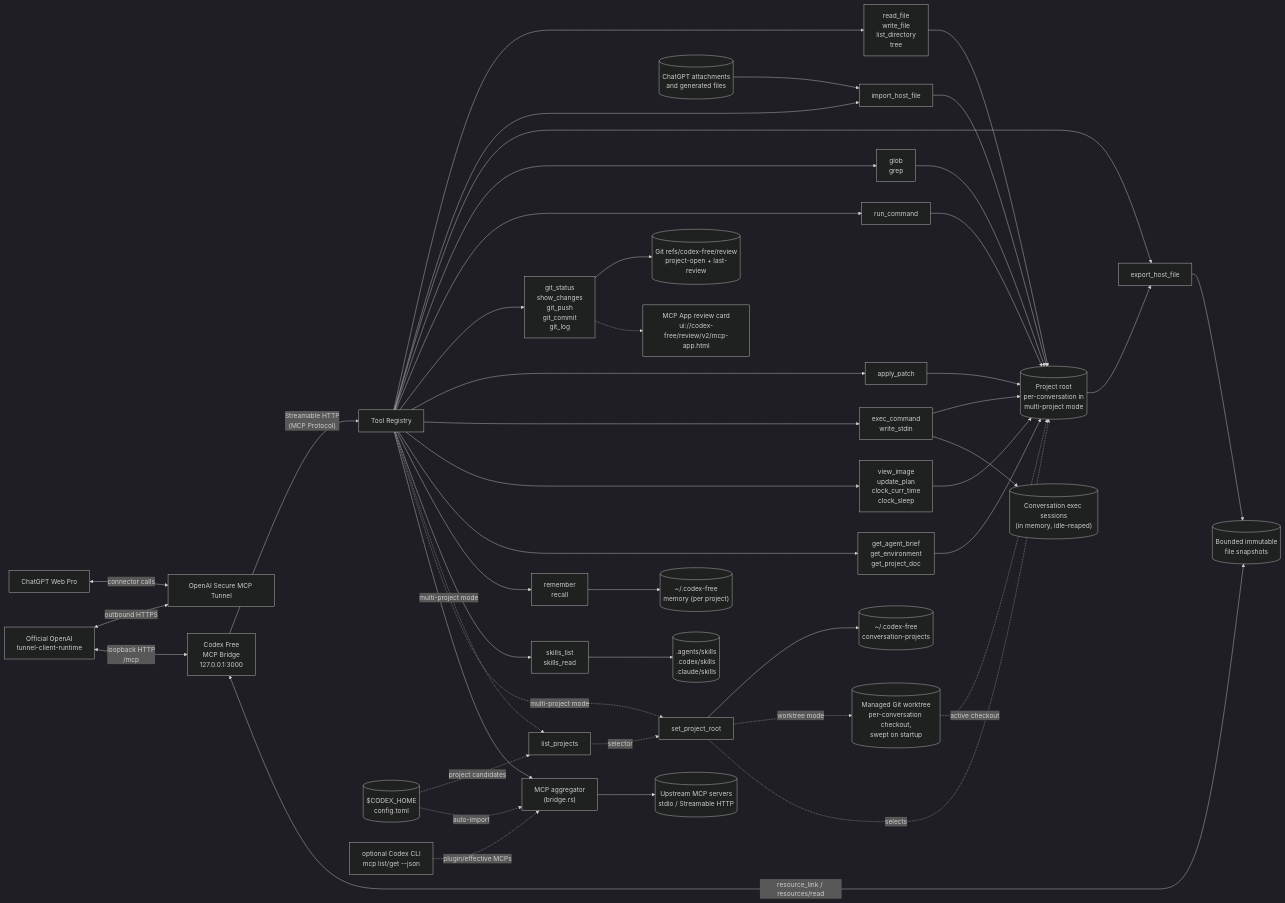
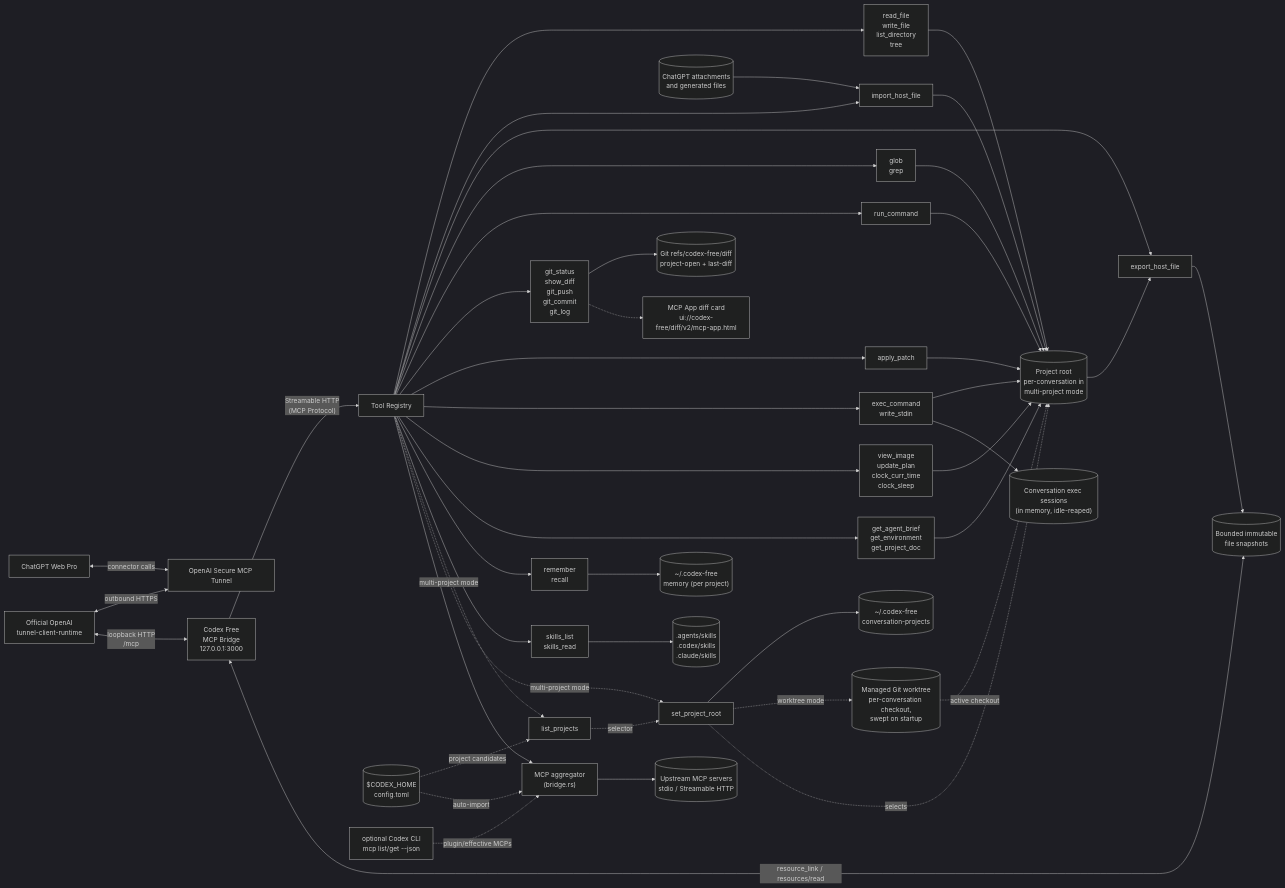
Before and after one commit to devnoname120/codex-free: the diagram in README.md, drawn with Mermaid (dark theme). The commit also changed other lines of this file and 20 other files, not shown here.

Commit message:
refactor: rename change review surface to diff

```diff
--- a/README.md
+++ b/README.md
@@ -27,7 +27,7 @@
     Egress["export_host_file"]
     Search["glob\ngrep"]
     Shell["run_command"]
-    Git["git_status\nshow_changes\ngit_push\ngit_commit\ngit_log"]
+    Git["git_status\nshow_diff\ngit_push\ngit_commit\ngit_log"]
     Edit["apply_patch"]
     Exec["exec_command\nwrite_stdin"]
     Agent["view_image\nupdate_plan\nclock_curr_time\nclock_sleep"]
@@ -44,8 +44,8 @@
     Bindings[("~/.codex-free\nconversation-projects")]
     Worktree[("Managed Git worktree\nper-conversation checkout,\nswept on startup")]
     ExecSessions[("Conversation exec sessions\n(in memory, idle-reaped)")]
-    ReviewRefs[("Git refs/codex-free/review\nproject-open + last-review")]
-    ReviewUI["MCP App review card\nui://codex-free/review/v2/mcp-app.html"]
+    DiffRefs[("Git refs/codex-free/diff\nproject-open + last-diff")]
+    DiffUI["MCP App diff card\nui://codex-free/diff/v2/mcp-app.html"]
     SkillDirs[(".agents/skills\n.codex/skills\n.claude/skills")]
     CodexCfg[("$CODEX_HOME\nconfig.toml")]
     CodexCli["optional Codex CLI\nmcp list/get --json"]
@@ -91,8 +91,8 @@
     SetRoot -.->|"worktree mode"| Worktree
     Worktree -.->|"active checkout"| WorkDir
     Exec --> ExecSessions
-    Git --> ReviewRefs
-    Git -.-> ReviewUI
+    Git --> DiffRefs
+    Git -.-> DiffUI
     SetRoot -.->|"selects"| WorkDir
     CodexCfg -.->|"project candidates"| ListProjects
     CodexCfg -.->|"auto-import"| Bridge
```
